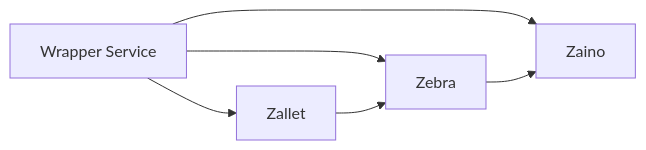
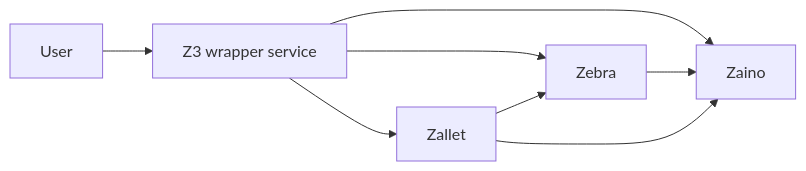
One commit to greg0x/zforge changed the diagram in memory-bank/systemPatterns.md. Above: the diagram before and after it, drawn with Mermaid. The commit also changed other lines of this file and 3 other files, not shown here.

````diff
--- a/memory-bank/systemPatterns.md
+++ b/memory-bank/systemPatterns.md
@@ -7,8 +7,10 @@
 ```mermaid
 graph LR
-    W[Wrapper Service] --> Z[Zallet]
+    U[User] --> W[Z3 wrapper service]
+    W --> Z[Zallet]
     W --> ZA[Zaino]
     W --> ZE[Zebra]
     ZE[Zebra] --> ZA[Zaino]
     Z[Zallet] --> ZE[Zebra]
+    Z[Zallet] --> ZA[Zaino]
 ```
````
